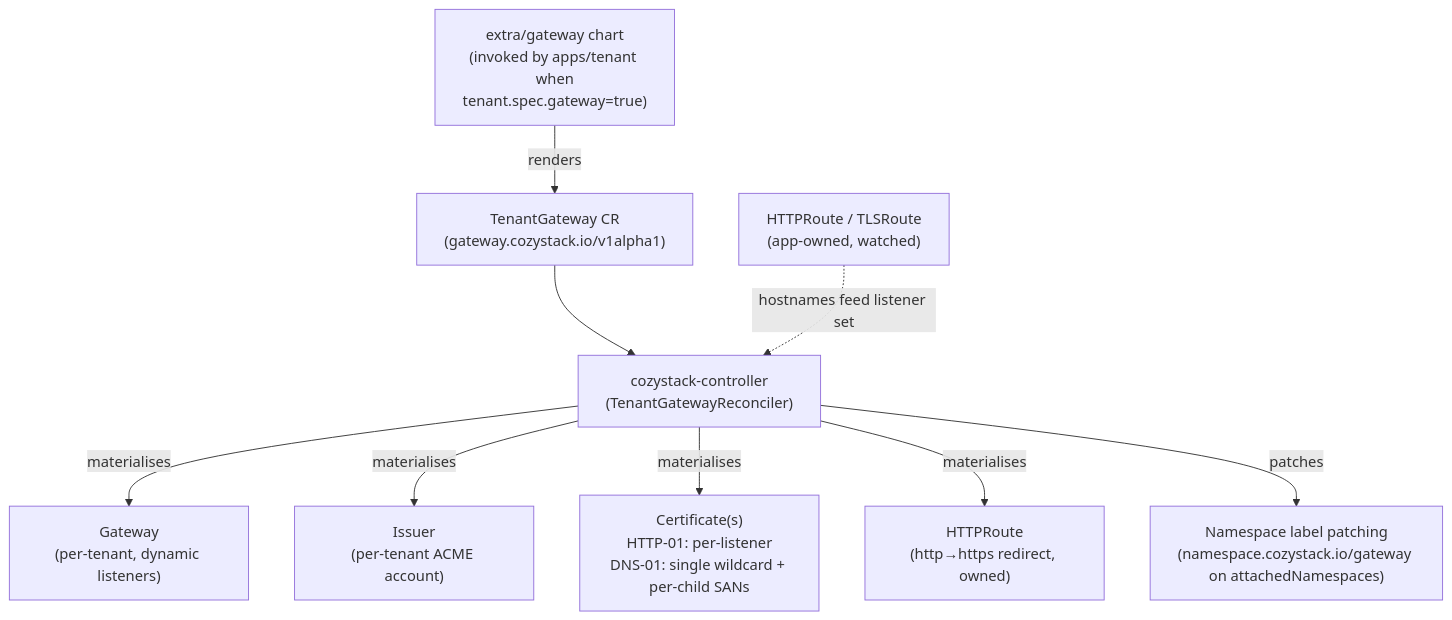
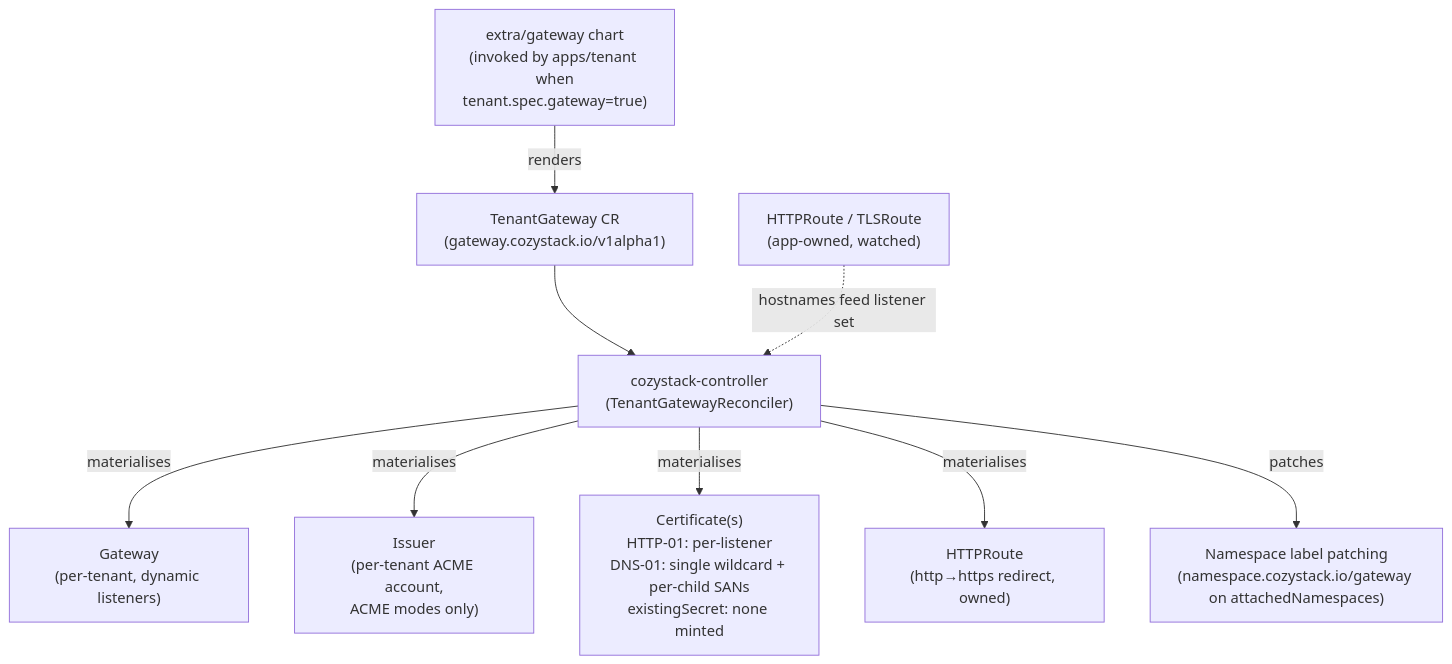
The first of 3 diagrams in content/en/docs/next/networking/gateway-api.md (katamarina-ru/cozystack-website), drawn with Mermaid before and after one commit. The commit also changed other lines of this file and 3 other files, not shown here.

````diff
--- a/content/en/docs/next/networking/gateway-api.md
+++ b/content/en/docs/next/networking/gateway-api.md
@@ -26,21 +26,21 @@
 ```mermaid
 flowchart TD
     CHART["extra/gateway chart<br/>(invoked by apps/tenant when<br/>tenant.spec.gateway=true)"]
     CR["TenantGateway CR<br/>(gateway.cozystack.io/v1alpha1)"]
     CTRL["cozystack-controller<br/>(TenantGatewayReconciler)"]
     GW["Gateway<br/>(per-tenant, dynamic listeners)"]
-    ISS["Issuer<br/>(per-tenant ACME account)"]
-    CERT["Certificate(s)<br/>HTTP-01: per-listener<br/>DNS-01: single wildcard + per-child SANs"]
+    ISS["Issuer<br/>(per-tenant ACME account,<br/>ACME modes only)"]
+    CERT["Certificate(s)<br/>HTTP-01: per-listener<br/>DNS-01: single wildcard + per-child SANs<br/>existingSecret: none minted"]
     REDIR["HTTPRoute<br/>(http→https redirect, owned)"]
     NSLBL["Namespace label patching<br/>(namespace.cozystack.io/gateway on attachedNamespaces)"]
     HTR["HTTPRoute / TLSRoute<br/>(app-owned, watched)"]
 
     CHART -->|renders| CR
     CR --> CTRL
     CTRL -->|materialises| GW
     CTRL -->|materialises| ISS
     CTRL -->|materialises| CERT
     CTRL -->|materialises| REDIR
     CTRL -->|patches| NSLBL
     HTR -.->|hostnames feed listener set| CTRL
 ```
````
